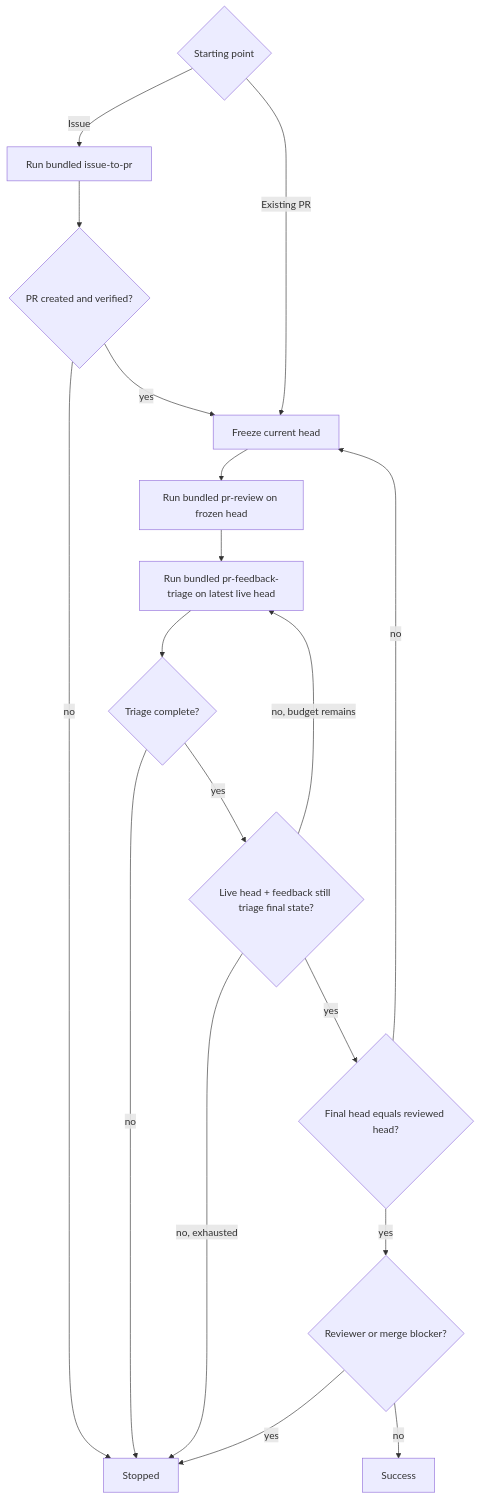
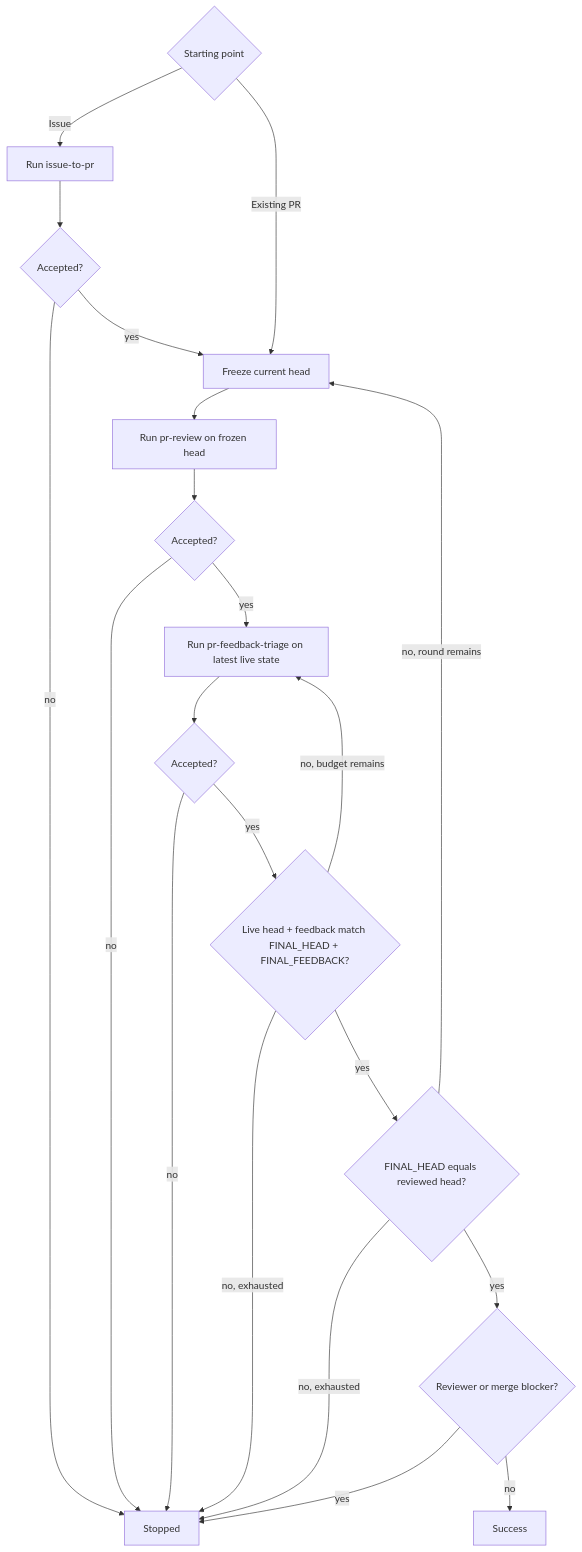
One commit to dceoy/pr-loop changed the diagram in skills/pr-loop/SKILL.md. Above: the diagram before and after it, drawn with Mermaid. The commit also changed other lines of this file and 6 other files, not shown here.

First line of the commit message:
Simplify and align standalone/composite skill flows (#12)

````diff
--- a/skills/pr-loop/SKILL.md
+++ b/skills/pr-loop/SKILL.md
@@ -79,20 +34,23 @@
 ```mermaid
 flowchart TD
-  S{Starting point} -->|Issue| I[Run bundled issue-to-pr]
-  S -->|Existing PR| A
-  I --> J{PR created and verified?}
-  J -->|no| K[Stopped]
-  J -->|yes| A[Freeze current head]
-  A --> B[Run bundled pr-review on frozen head]
-  B --> C[Run bundled pr-feedback-triage on latest live head]
-  C --> D{Triage complete?}
-  D -->|no| K
-  D -->|yes| E{Live head + feedback still triage final state?}
-  E -->|no, budget remains| C
-  E -->|no, exhausted| K
-  E -->|yes| F{Final head equals reviewed head?}
-  F -->|no| A
-  F -->|yes| G{Reviewer or merge blocker?}
-  G -->|yes| K
-  G -->|no| L[Success]
+  S{Starting point} -->|Issue| I[Run issue-to-pr]
+  S -->|Existing PR| A[Freeze current head]
+  I --> J{Accepted?}
+  J -->|no| X[Stopped]
+  J -->|yes| A
+  A --> B[Run pr-review on frozen head]
+  B --> C{Accepted?}
+  C -->|no| X
+  C -->|yes| D[Run pr-feedback-triage on latest live state]
+  D --> E{Accepted?}
+  E -->|no| X
+  E -->|yes| F{Live head + feedback match FINAL_HEAD + FINAL_FEEDBACK?}
+  F -->|no, budget remains| D
+  F -->|no, exhausted| X
+  F -->|yes| G{FINAL_HEAD equals reviewed head?}
+  G -->|no, round remains| A
+  G -->|no, exhausted| X
+  G -->|yes| H{Reviewer or merge blocker?}
+  H -->|yes| X
+  H -->|no| Y[Success]
 ```
````
